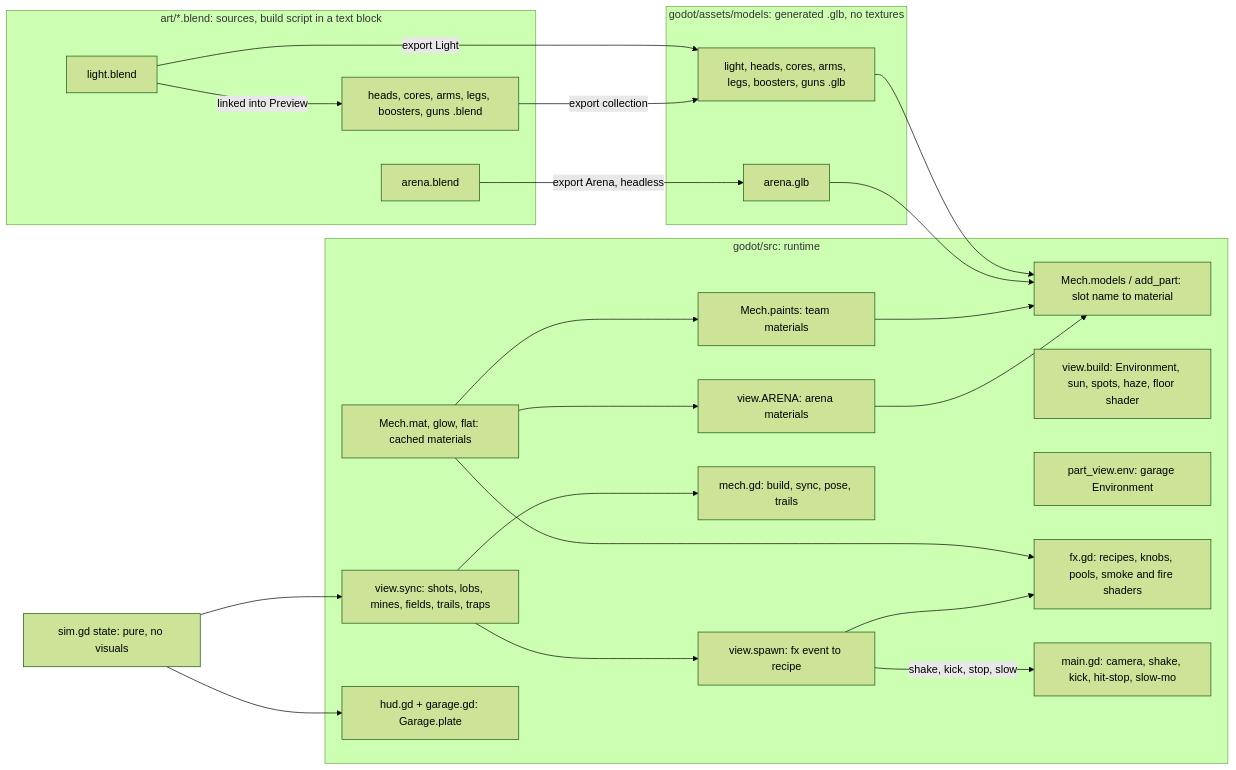
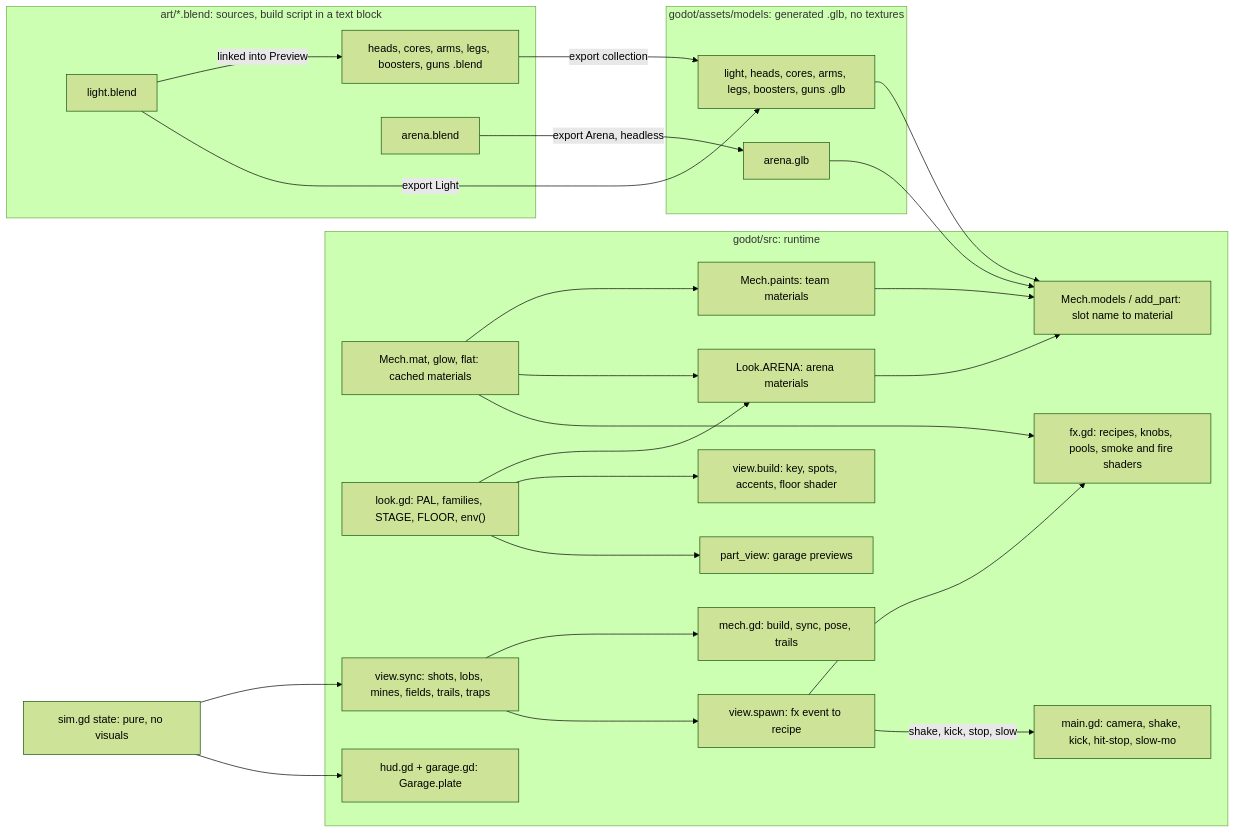
One commit to Vegm92/mech-duel changed the diagram in docs/visual-architecture.md. Above: the diagram before and after it, drawn with Mermaid (forest theme). The commit also changed other lines of this file and 11 other files, not shown here.

````diff
--- a/docs/visual-architecture.md
+++ b/docs/visual-architecture.md
@@ -23,43 +24,47 @@
 ```mermaid
 flowchart LR
   subgraph SRC["art/*.blend: sources, build script in a text block"]
     light["light.blend"]
     parts["heads, cores, arms, legs, boosters, guns .blend"]
     arena["arena.blend"]
   end
   subgraph GLB["godot/assets/models: generated .glb, no textures"]
     gmech["light, heads, cores, arms, legs, boosters, guns .glb"]
     garena["arena.glb"]
   end
   light -->|"linked into Preview"| parts
   light -->|"export Light"| gmech
   parts -->|"export collection"| gmech
   arena -->|"export Arena, headless"| garena
   subgraph RT["godot/src: runtime"]
     models["Mech.models / add_part: slot name to material"]
     mat["Mech.mat, glow, flat: cached materials"]
     paints["Mech.paints: team materials"]
-    arenam["view.ARENA: arena materials"]
-    env["view.build: Environment, sun, spots, haze, floor shader"]
-    pv["part_view.env: garage Environment"]
+    arenam["Look.ARENA: arena materials"]
+    look["look.gd: PAL, families, STAGE, FLOOR, env()"]
+    env["view.build: key, spots, accents, floor shader"]
+    pv["part_view: garage previews"]
     mech["mech.gd: build, sync, pose, trails"]
     sync["view.sync: shots, lobs, mines, fields, trails, traps"]
     spawn["view.spawn: fx event to recipe"]
     fx["fx.gd: recipes, knobs, pools, smoke and fire shaders"]
     cam["main.gd: camera, shake, kick, hit-stop, slow-mo"]
     hud["hud.gd + garage.gd: Garage.plate"]
   end
   gmech --> models
   garena --> models
   mat --> paints
   mat --> arenam
   mat --> fx
+  look --> arenam
+  look --> env
+  look --> pv
   paints --> models
   arenam --> models
   sim["sim.gd state: pure, no visuals"] --> sync
   sync --> mech
   sync --> spawn
   spawn --> fx
   spawn -->|"shake, kick, stop, slow"| cam
   sim --> hud
 ```
````
